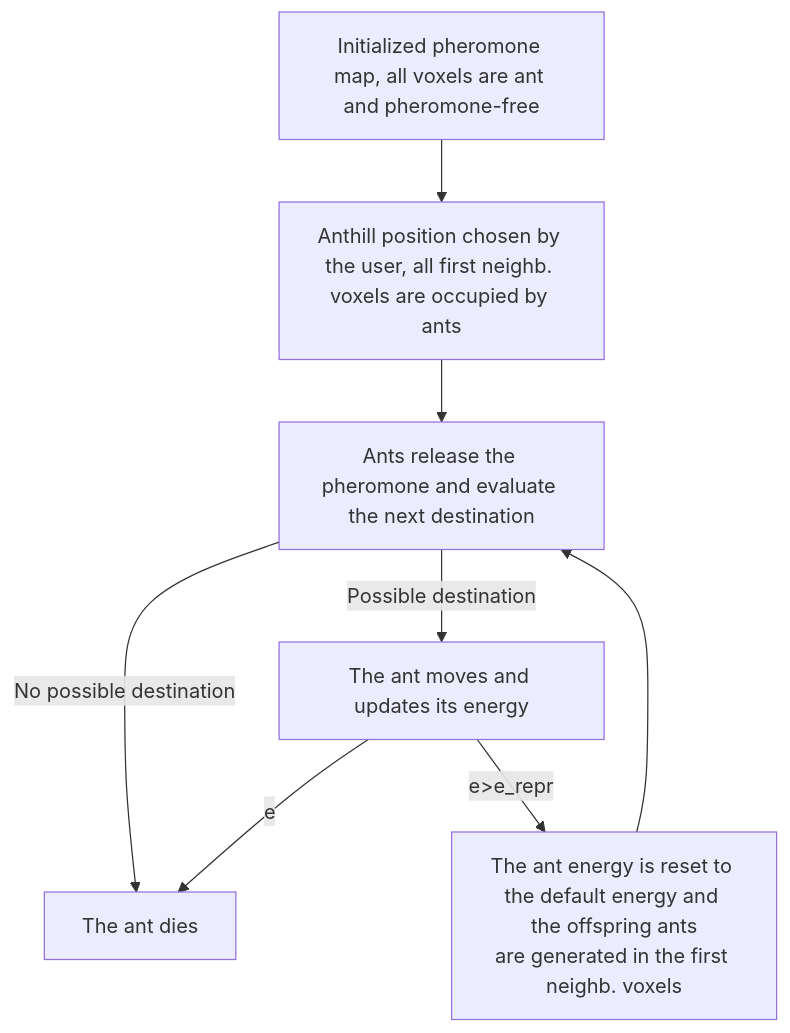
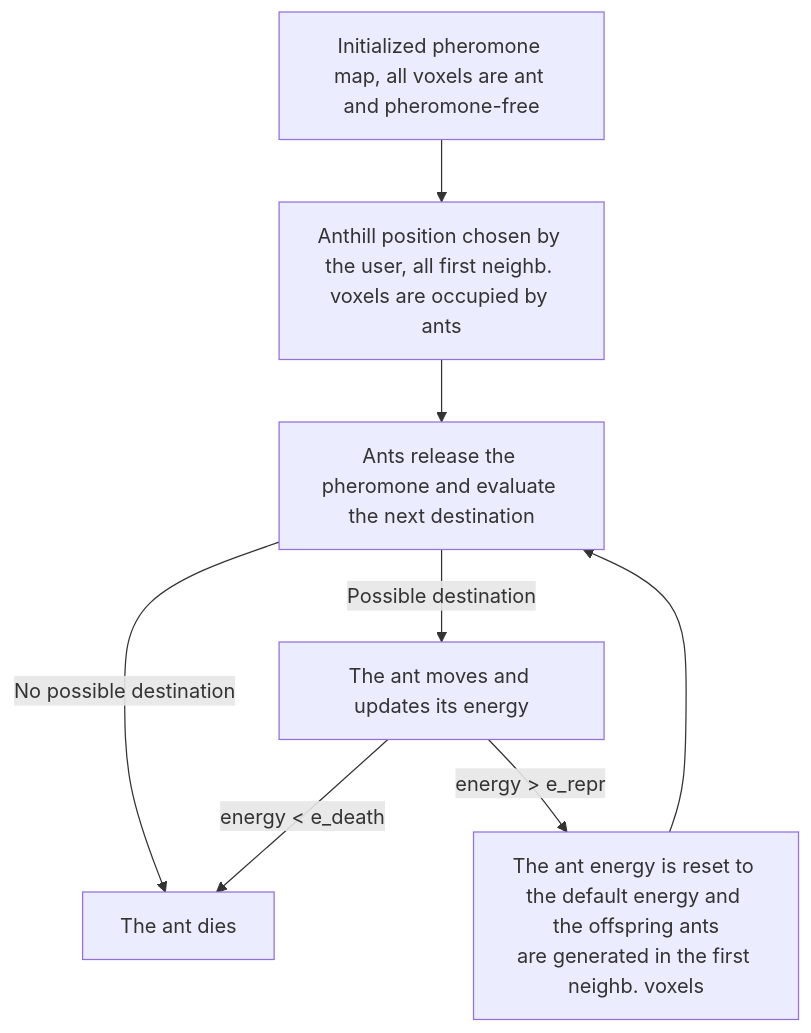
The diagram in README.md (LorenzoPierfederici98/CAM_algorithm), drawn with Mermaid before and after one commit.

````diff
--- a/README.md
+++ b/README.md
@@ -16,11 +16,11 @@
 ```mermaid
 graph TD;
     A[Initialized pheromone map, all voxels are ant and pheromone-free]-->B[Anthill position chosen by the user, all first neighb. voxels are occupied by ants];
     B-->C[Ants release the pheromone and evaluate the next destination];
     C-->|No possible destination| D[The ant dies];
     C-->|Possible destination| E[The ant moves and updates its energy];
-    E-->|e<e_death| D
-    E-->|e>e_repr| F[The ant energy is reset to the default energy and the offspring ants
+    E-->|energy < e_death| D
+    E-->|energy > e_repr| F[The ant energy is reset to the default energy and the offspring ants
 are generated in the first neighb. voxels]
     F-->C
 ```
````
